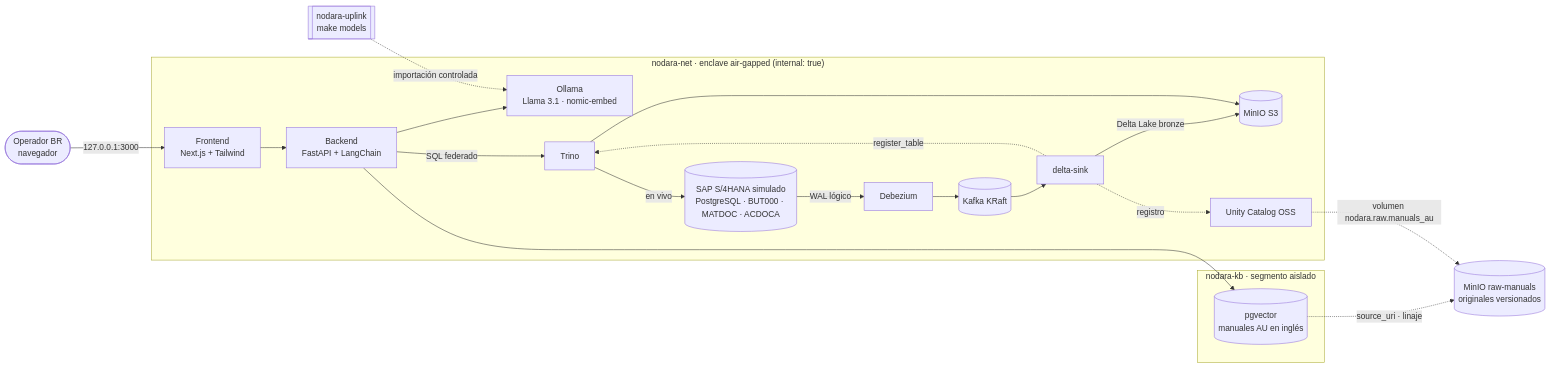
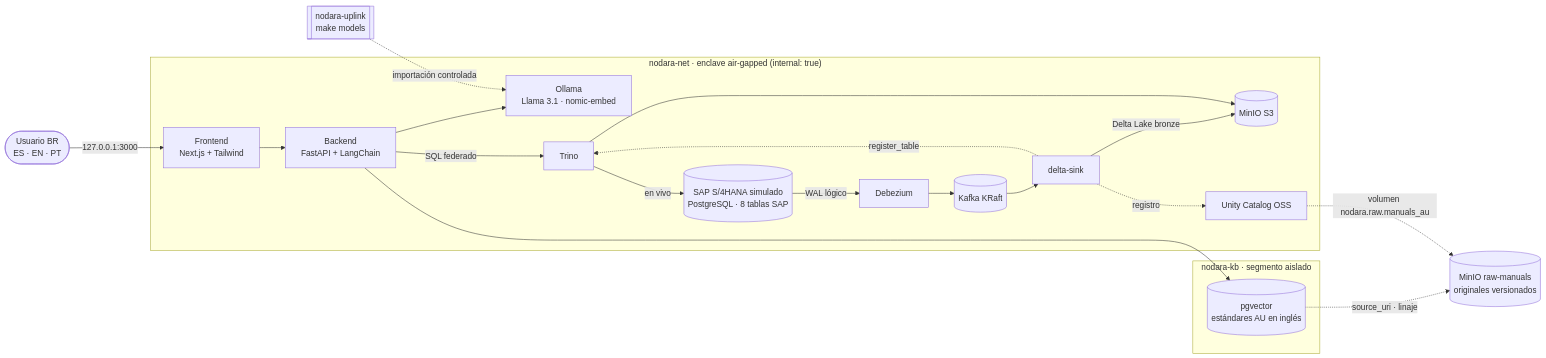
Before and after one commit to LTVitoto/nodara-br-rag: the diagram in README.md, drawn with Mermaid. The commit also changed other lines of this file and 36 other files, not shown here.

````diff
--- a/README.md
+++ b/README.md
@@ -22,26 +36,26 @@
 ```mermaid
 flowchart LR
-  OP([Operador BR<br/>navegador]) -->|127.0.0.1:3000| FE
+  OP([Usuario BR<br/>ES · EN · PT]) -->|127.0.0.1:3000| FE
 
   subgraph ENCLAVE["nodara-net · enclave air-gapped (internal: true)"]
     FE[Frontend<br/>Next.js + Tailwind] --> BE[Backend<br/>FastAPI + LangChain]
     BE --> OL[Ollama<br/>Llama 3.1 · nomic-embed]
     BE -->|SQL federado| TR[Trino]
-    S4[(SAP S/4HANA simulado<br/>PostgreSQL · BUT000 · MATDOC · ACDOCA)] -->|WAL lógico| DBZ[Debezium]
+    S4[(SAP S/4HANA simulado<br/>PostgreSQL · 8 tablas SAP)] -->|WAL lógico| DBZ[Debezium]
     DBZ --> KF[(Kafka KRaft)] --> DS[delta-sink]
     DS -->|Delta Lake bronze| MN[(MinIO S3)]
     DS -.->|registro| UC[Unity Catalog OSS]
     DS -.->|register_table| TR
     TR --> MN
     TR -->|en vivo| S4
   end
 
   subgraph KB["nodara-kb · segmento aislado"]
-    VDB[(pgvector<br/>manuales AU en inglés)]
+    VDB[(pgvector<br/>estándares AU en inglés)]
   end
   BE --> VDB
   RAW[(MinIO raw-manuals<br/>originales versionados)]
   VDB -.->|source_uri · linaje| RAW
   UC -.->|volumen nodara.raw.manuals_au| RAW
   UP[[nodara-uplink<br/>make models]] -.->|importación controlada| OL
 ```
````
